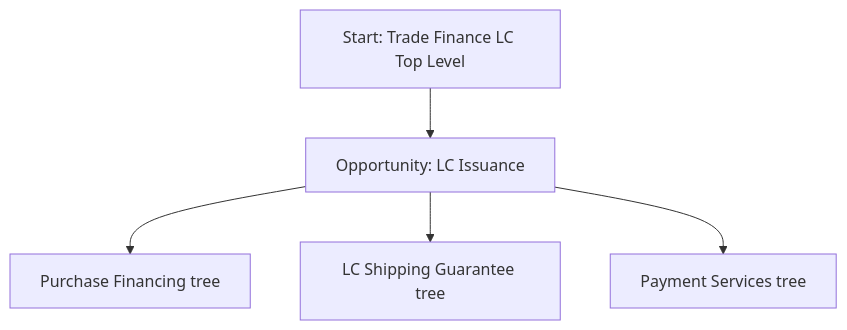
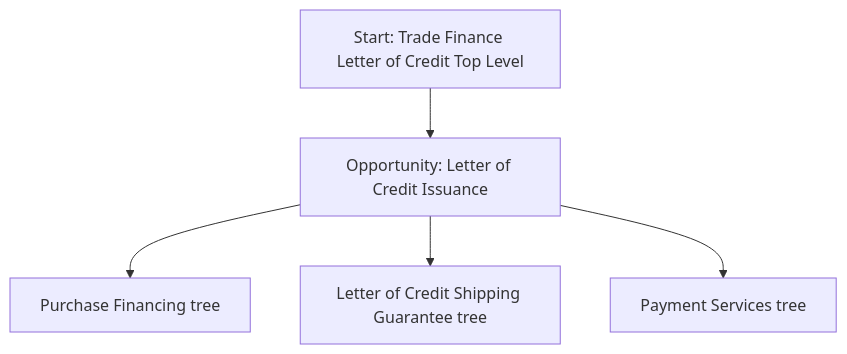
The diagram in tvc_decision_trees/lc_decision_trees/top_level_tree.md (sage-develop/why), drawn with Mermaid before and after one commit. The commit also changed other lines of this file and 2 other files, not shown here.

Commit message:
updates make it consistent

````diff
--- a/tvc_decision_trees/lc_decision_trees/top_level_tree.md
+++ b/tvc_decision_trees/lc_decision_trees/top_level_tree.md
@@ -13,10 +13,10 @@
 ```mermaid
 %% Trade Finance Letter of Credit - Top Level Decision Tree
 
 flowchart TD
-    A[Start: Trade Finance LC Top Level]
-    A --> B[Opportunity: LC Issuance]
+    A[Start: Trade Finance Letter of Credit Top Level]
+    A --> B[Opportunity: Letter of Credit Issuance]
     B --> C[Purchase Financing tree]
-    B --> D[LC Shipping Guarantee tree]
+    B --> D[Letter of Credit Shipping Guarantee tree]
     B --> E[Payment Services tree]
 ```
````
